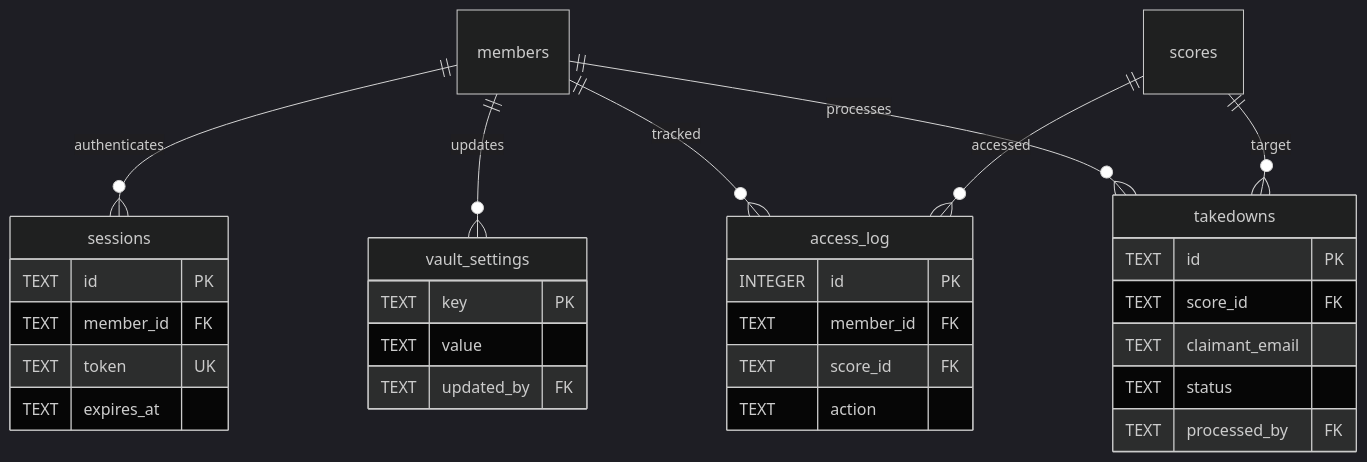
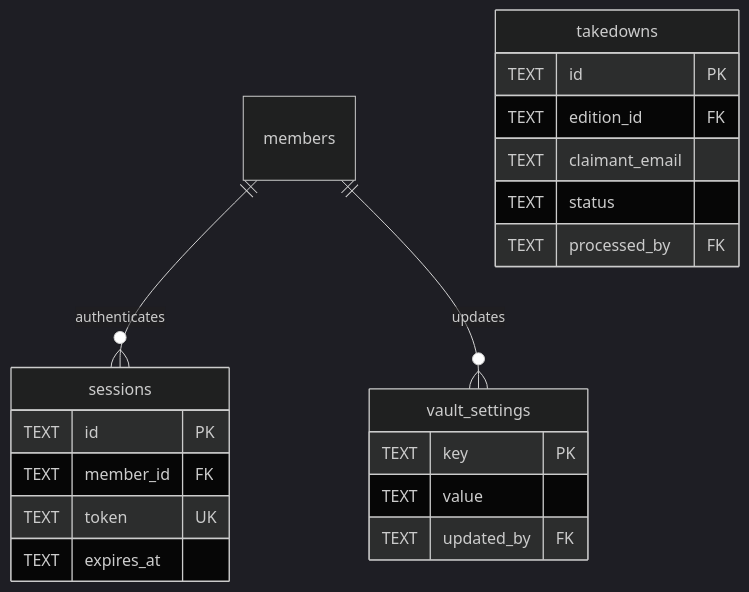
The seventh of 8 diagrams in docs/DATABASE-SCHEMA.md (mitselek/polyphony), drawn with Mermaid (dark theme) before and after one commit. The commit also changed other lines of this file and 15 other files, not shown here.

````diff
--- a/docs/DATABASE-SCHEMA.md
+++ b/docs/DATABASE-SCHEMA.md
@@ -401,37 +636,26 @@
 ```mermaid
 erDiagram
     members ||--o{ sessions : "authenticates"
     members ||--o{ vault_settings : "updates"
-    members ||--o{ access_log : "tracked"
-    members ||--o{ takedowns : "processes"
-    scores ||--o{ takedowns : "target"
-    scores ||--o{ access_log : "accessed"
 
     sessions {
         TEXT id PK
         TEXT member_id FK
         TEXT token UK
         TEXT expires_at
     }
 
     vault_settings {
         TEXT key PK
         TEXT value
         TEXT updated_by FK
     }
 
     takedowns {
         TEXT id PK
-        TEXT score_id FK
+        TEXT edition_id FK
         TEXT claimant_email
         TEXT status
         TEXT processed_by FK
     }
-
-    access_log {
-        INTEGER id PK
-        TEXT member_id FK
-        TEXT score_id FK
-        TEXT action
-    }
 ```
````
